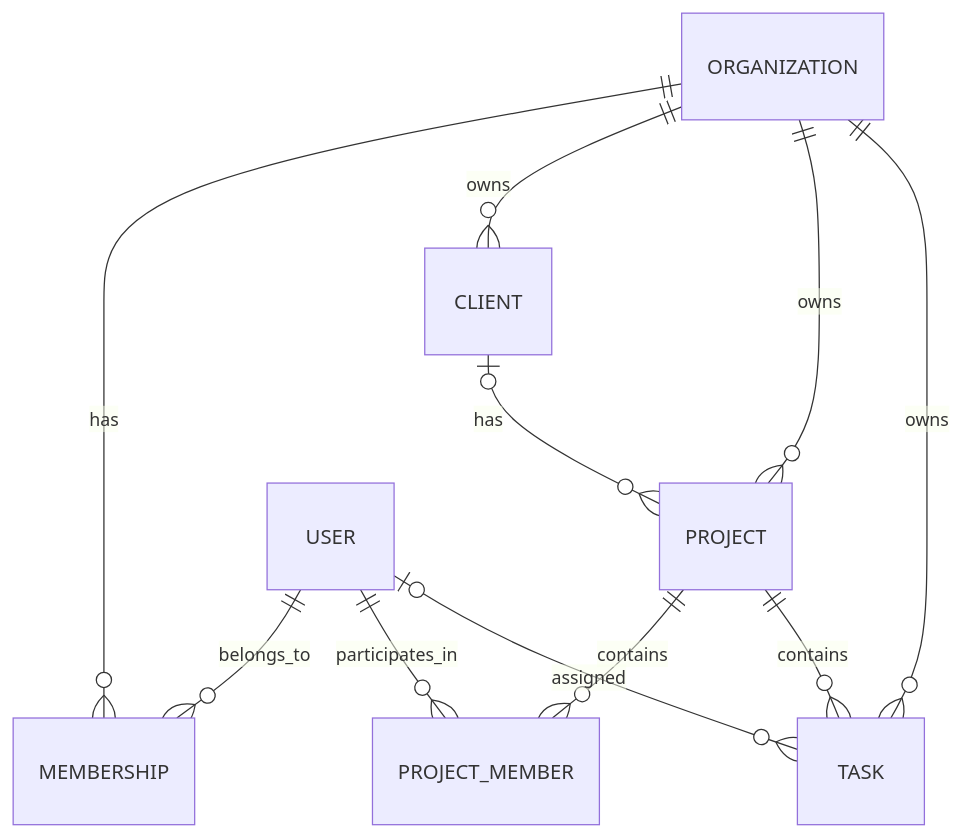
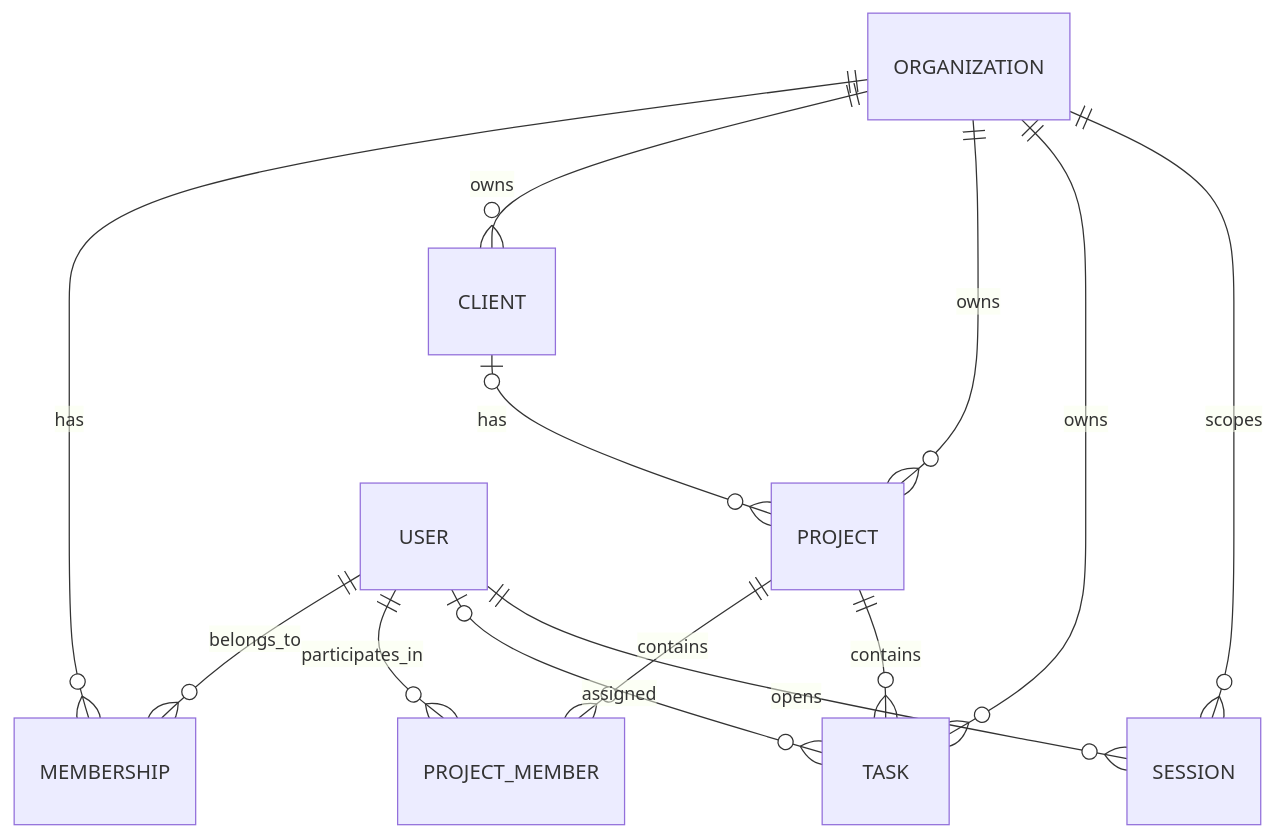
One commit to Luiscarranza130427/nexo changed the diagram in docs/DATABASE.md. Above: the diagram before and after it, drawn with Mermaid. The commit also changed other lines of this file and 41 other files, not shown here.

````diff
--- a/docs/DATABASE.md
+++ b/docs/DATABASE.md
@@ -93,13 +104,15 @@
 ```mermaid
 erDiagram
     ORGANIZATION ||--o{ MEMBERSHIP : has
     ORGANIZATION ||--o{ CLIENT : owns
     ORGANIZATION ||--o{ PROJECT : owns
     ORGANIZATION ||--o{ TASK : owns
     USER ||--o{ MEMBERSHIP : belongs_to
     USER ||--o{ PROJECT_MEMBER : participates_in
     USER |o--o{ TASK : assigned
     CLIENT |o--o{ PROJECT : has
     PROJECT ||--o{ PROJECT_MEMBER : contains
     PROJECT ||--o{ TASK : contains
+    USER ||--o{ SESSION : opens
+    ORGANIZATION ||--o{ SESSION : scopes
 ```
````
